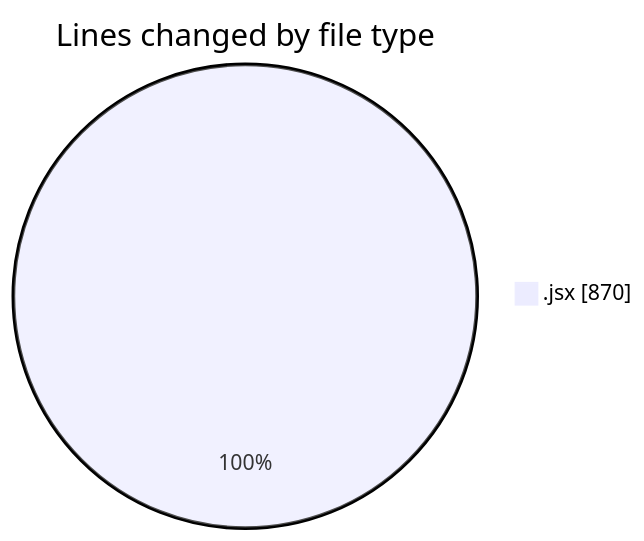
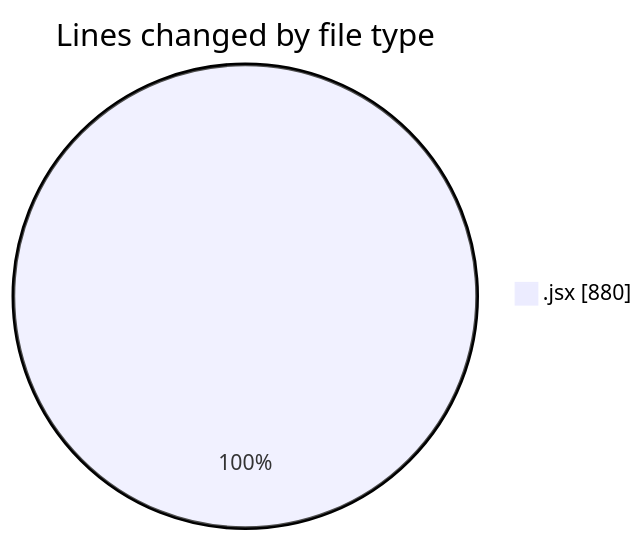
Before and after one commit to nxtqubesakshisongat/code-tracking: the first of 2 diagrams in 2025-05-12/argos-dev/README.md, drawn with Mermaid. The commit also changed other lines of this file and 1 other file, not shown here.

````diff
--- a/2025-05-12/argos-dev/README.md
+++ b/2025-05-12/argos-dev/README.md
@@ -20,5 +20,5 @@
 ```mermaid
 pie showData
 title Lines changed by file type
-".jsx" : 870
+".jsx" : 880
 ```
````
